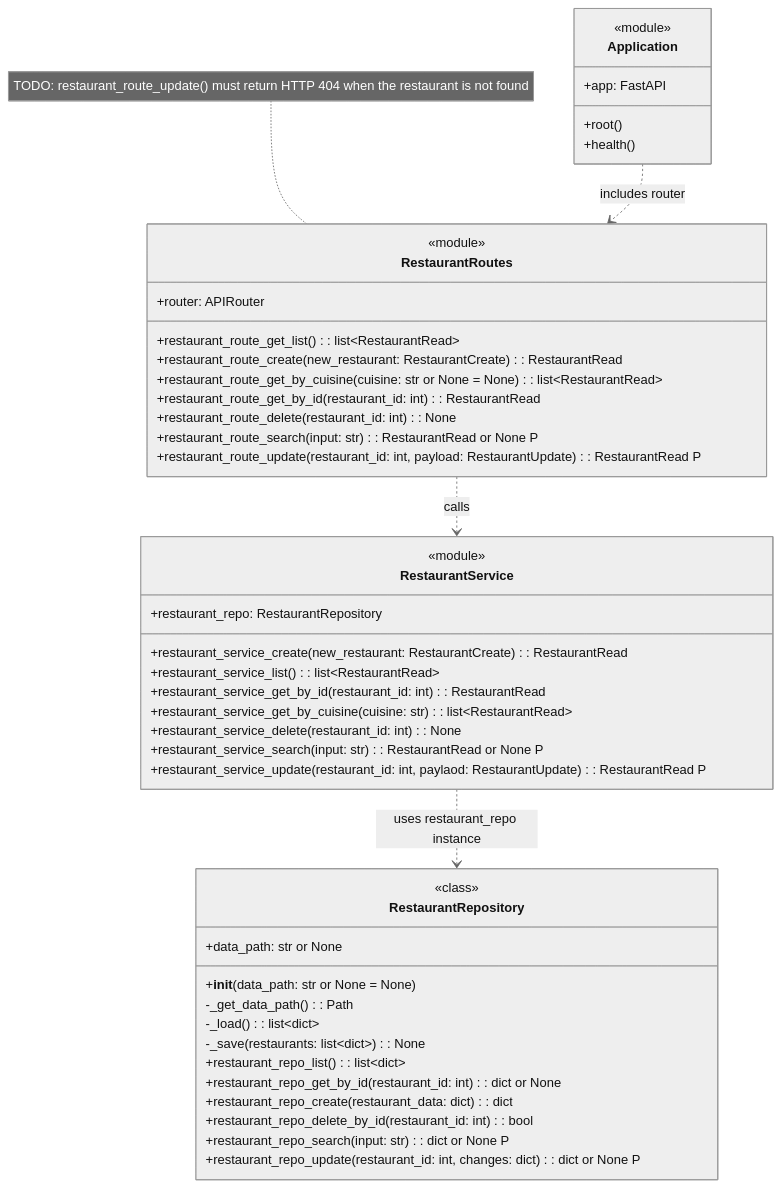
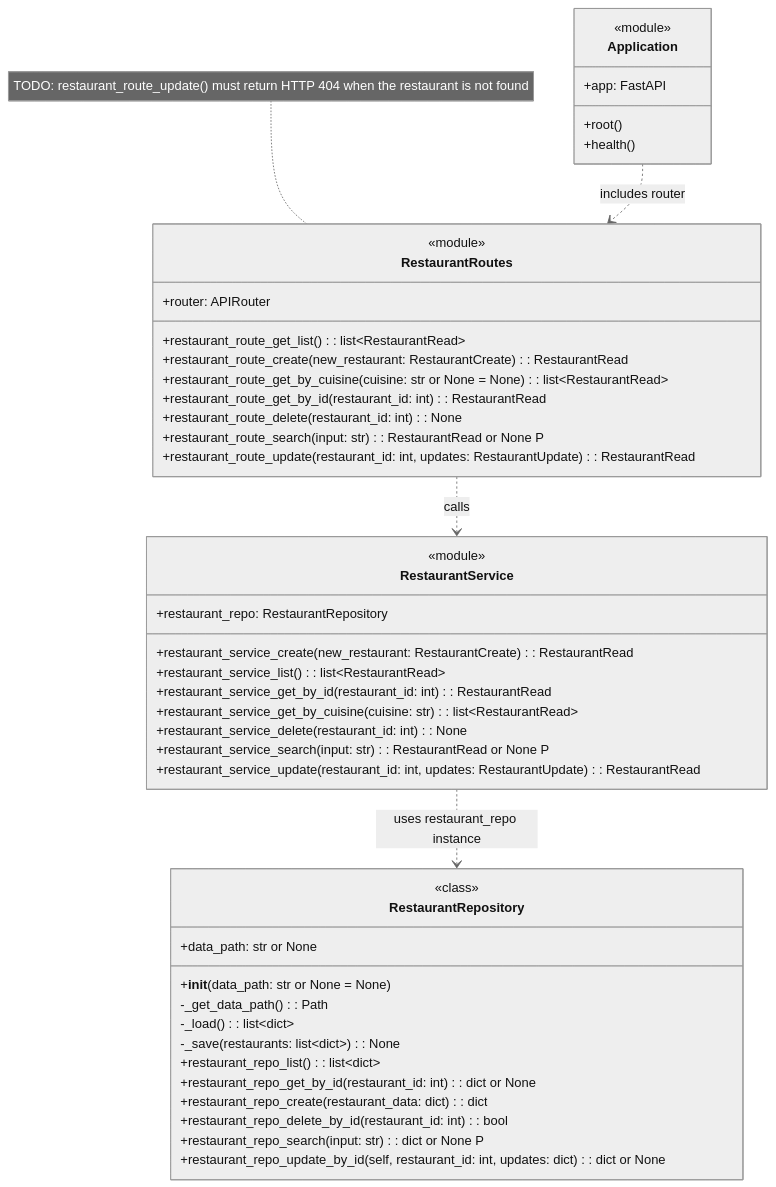
Before and after one commit to kunoa2580/cosc310-team19-food-delivery: the first of 5 diagrams in data/uml.md, drawn with Mermaid (neutral theme).

Commit message:
made edits to uml.md to align with current restaurant creation and updates implementation

````diff
--- a/data/uml.md
+++ b/data/uml.md
@@ -5,52 +5,52 @@
 ```mermaid
 
 classDiagram
     direction TB
     class Application {
         <<module>>
         +app: FastAPI
         +root()
         +health()
     }
     class RestaurantRoutes {
         <<module>>
         +router: APIRouter
         +restaurant_route_get_list(): list~RestaurantRead~
         +restaurant_route_create(new_restaurant: RestaurantCreate): RestaurantRead
         +restaurant_route_get_by_cuisine(cuisine: str or None = None): list~RestaurantRead~
         +restaurant_route_get_by_id(restaurant_id: int): RestaurantRead
         +restaurant_route_delete(restaurant_id: int): None
         +restaurant_route_search(input: str): RestaurantRead or None P
-        +restaurant_route_update(restaurant_id: int, payload: RestaurantUpdate): RestaurantRead P
+        +restaurant_route_update(restaurant_id: int, updates: RestaurantUpdate): RestaurantRead
     }
     note for RestaurantRoutes "TODO: restaurant_route_update() must return HTTP 404 when the restaurant is not found"
     class RestaurantService {
         <<module>>
         +restaurant_repo: RestaurantRepository
         +restaurant_service_create(new_restaurant: RestaurantCreate): RestaurantRead
         +restaurant_service_list(): list~RestaurantRead~
         +restaurant_service_get_by_id(restaurant_id: int): RestaurantRead
         +restaurant_service_get_by_cuisine(cuisine: str): list~RestaurantRead~
         +restaurant_service_delete(restaurant_id: int): None
         +restaurant_service_search(input: str): RestaurantRead or None P
-        +restaurant_service_update(restaurant_id: int, paylaod: RestaurantUpdate): RestaurantRead P
+        +restaurant_service_update(restaurant_id: int, updates: RestaurantUpdate): RestaurantRead 
     }
     class RestaurantRepository {
         <<class>>
         +data_path: str or None
         +__init__(data_path: str or None = None)
         -_get_data_path(): Path
         -_load(): list~dict~
         -_save(restaurants: list~dict~): None
         +restaurant_repo_list(): list~dict~
         +restaurant_repo_get_by_id(restaurant_id: int): dict or None
         +restaurant_repo_create(restaurant_data: dict): dict
         +restaurant_repo_delete_by_id(restaurant_id: int): bool
         +restaurant_repo_search(input: str): dict or None P
-        +restaurant_repo_update(restaurant_id: int, changes: dict): dict or None P
+        +restaurant_repo_update_by_id(self, restaurant_id: int, updates: dict): dict or None
     }
     Application ..> RestaurantRoutes : includes router
     RestaurantRoutes ..> RestaurantService : calls
     RestaurantService ..> RestaurantRepository : uses restaurant_repo instance
 
 ```
````
